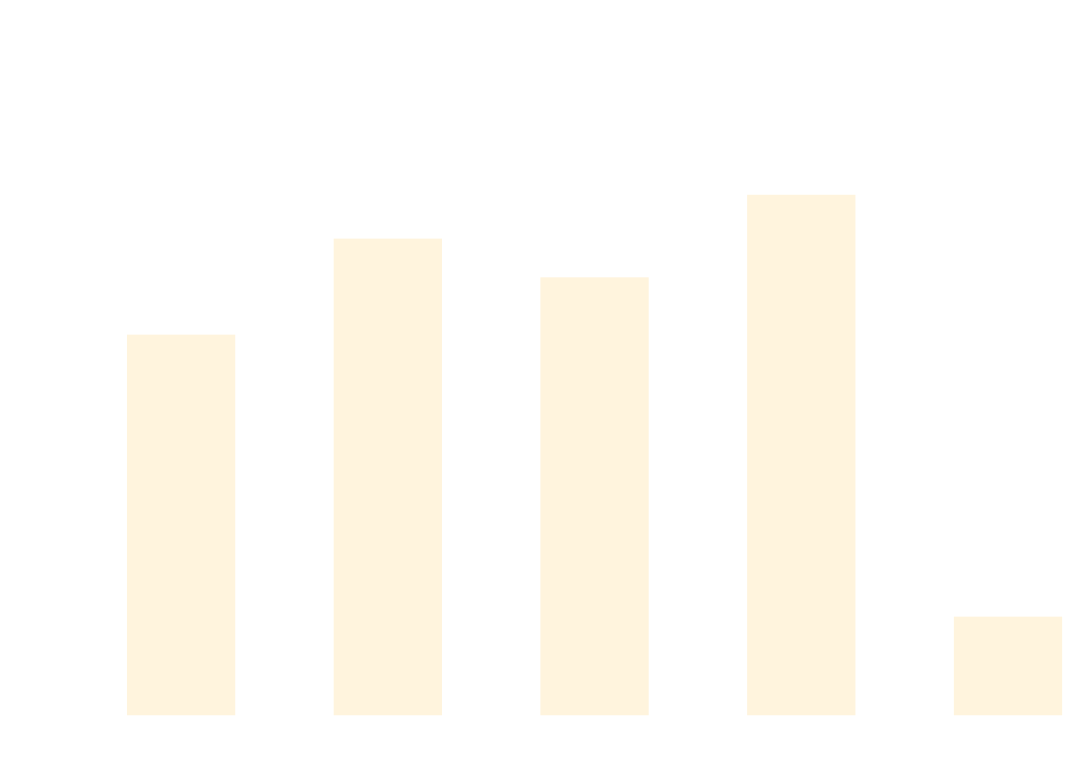
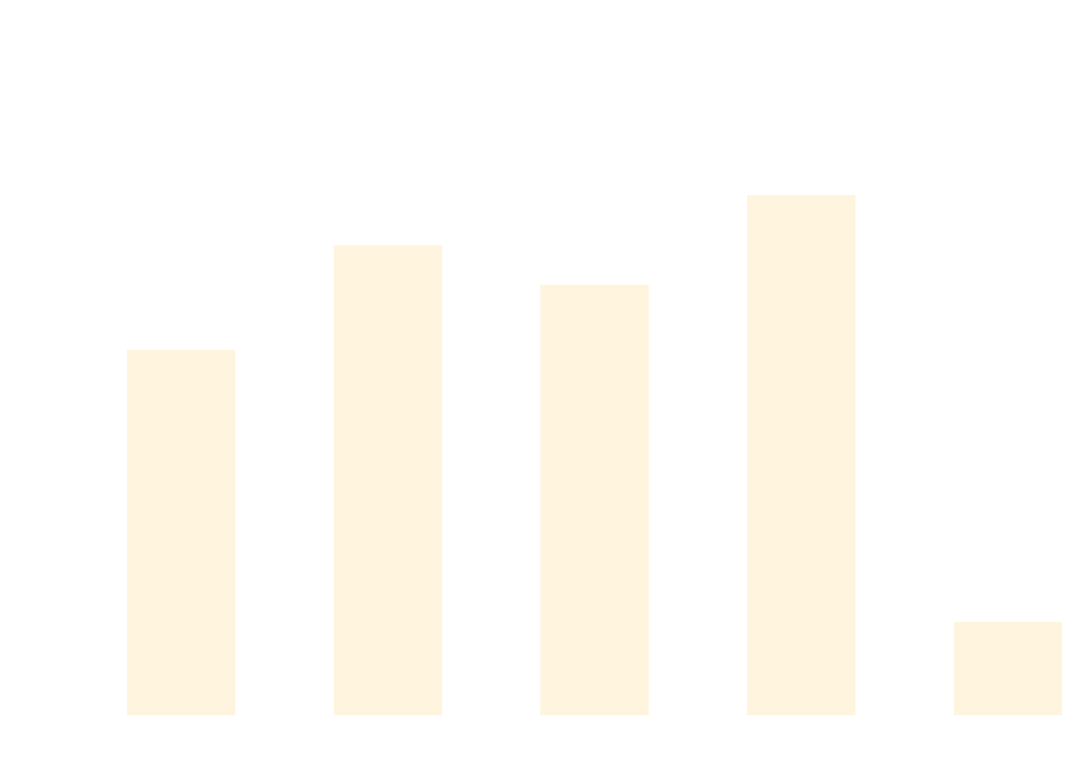
The diagram in docs/docs/benchmarks/AsyncTests.md (thomhurst/TUnit), drawn with Mermaid before and after one commit. The commit also changed other lines of this file and 17 other files, not shown here.

````diff
--- a/docs/docs/benchmarks/AsyncTests.md
+++ b/docs/docs/benchmarks/AsyncTests.md
@@ -27,37 +27,37 @@
 ```mermaid
 %%{init: {
   'theme':'base',
   'themeVariables': {
     'primaryColor': '#2563eb',
     'primaryTextColor': '#ffffff',
     'primaryBorderColor': '#1e40af',
     'lineColor': '#6b7280',
     'secondaryColor': '#7c3aed',
     'tertiaryColor': '#dc2626',
     'background': '#ffffff',
     'mainBkg': '#2563eb',
     'secondBkg': '#7c3aed',
     'tertiaryBkg': '#dc2626',
     'clusterBkg': '#f3f4f6',
     'edgeLabelBackground': '#ffffff',
     'tertiaryTextColor': '#1f2937',
     'pie1': '#2563eb',
     'pie2': '#7c3aed',
     'pie3': '#dc2626',
     'pie4': '#f59e0b',
     'pie5': '#10b981',
     'pie6': '#06b6d4',
     'pie7': '#ec4899',
     'pie8': '#6366f1',
     'pie9': '#84cc16',
     'pie10': '#f97316',
     'pie11': '#14b8a6',
     'pie12': '#a855f7'
   }
 }}%%
 xychart-beta
   title "AsyncTests Performance Comparison"
   x-axis ["TUnit", "NUnit", "MSTest", "xUnit3", "TUnit_AOT"]
-  y-axis "Time (ms)" 0 --> 880
-  bar [531.7, 670.1, 614.3, 733.3, 125.2]
+  y-axis "Time (ms)" 0 --> 923
+  bar [534.8, 692.9, 633.2, 768.9, 123.6]
 ```
````
